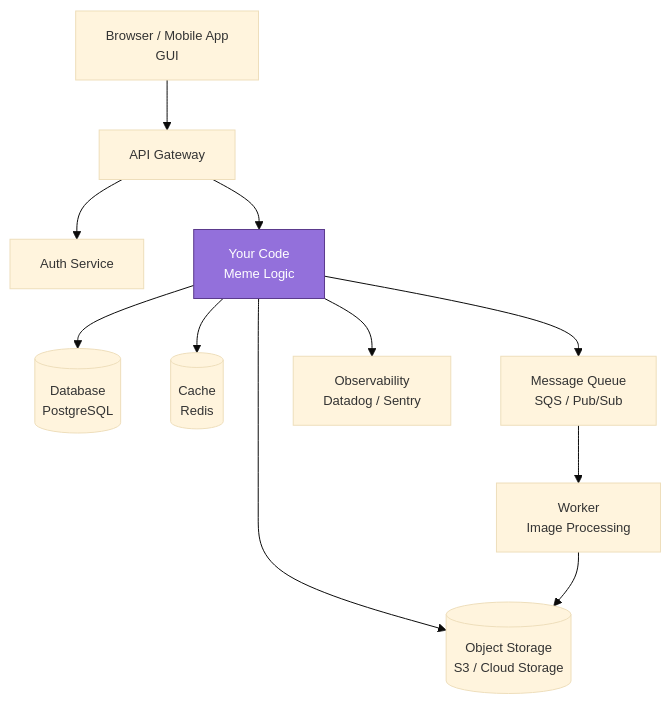
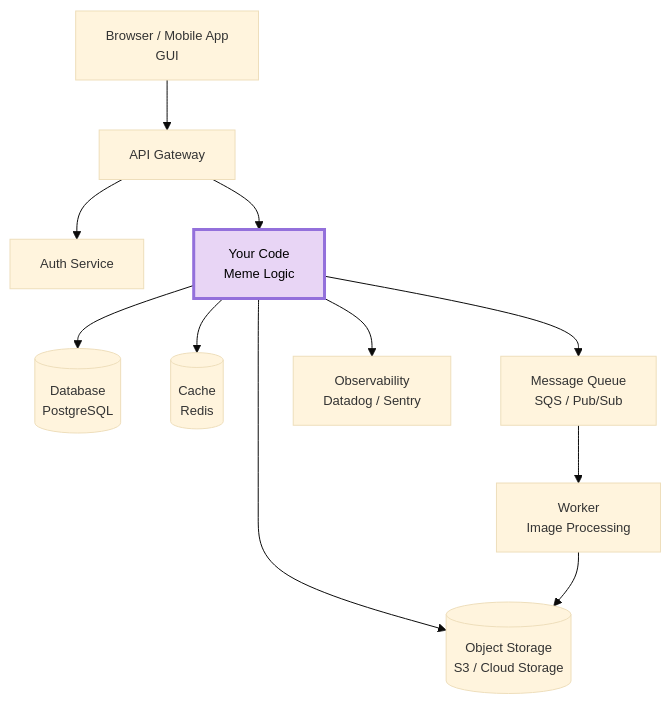
The diagram in lecture-slides-spertus/l21-serverless.mdx (neu-pdi/cs3100-public-resources), drawn with Mermaid before and after one commit. The commit also changed other lines of this file and 1 other file, not shown here.

````diff
--- a/lecture-slides-spertus/l21-serverless.mdx
+++ b/lecture-slides-spertus/l21-serverless.mdx
@@ -1017,16 +1017,16 @@
 ```mermaid
 %%{init: {'theme': 'base', 'themeVariables': { 'fontSize': '13px' }}}%%
 flowchart TD
     U[Browser / Mobile App<br/>GUI] --> G[API Gateway]
     G --> A[Auth Service]
     G --> F[Your Code<br/>Meme Logic]
     F --> DB[(Database<br/>PostgreSQL)]
     F --> S3[(Object Storage<br/>S3 / Cloud Storage)]
     F --> C[(Cache<br/>Redis)]
     F --> Q[Message Queue<br/>SQS / Pub/Sub]
     Q --> W[Worker<br/>Image Processing]
     W --> S3
     F --> O[Observability<br/>Datadog / Sentry]
 
-    style F fill:#9370DB,stroke:#5b3a8c,color:#fff
+    style F fill:#e8d5f5,stroke:#9370DB,stroke-width:3px,color:#000
 ```
````
